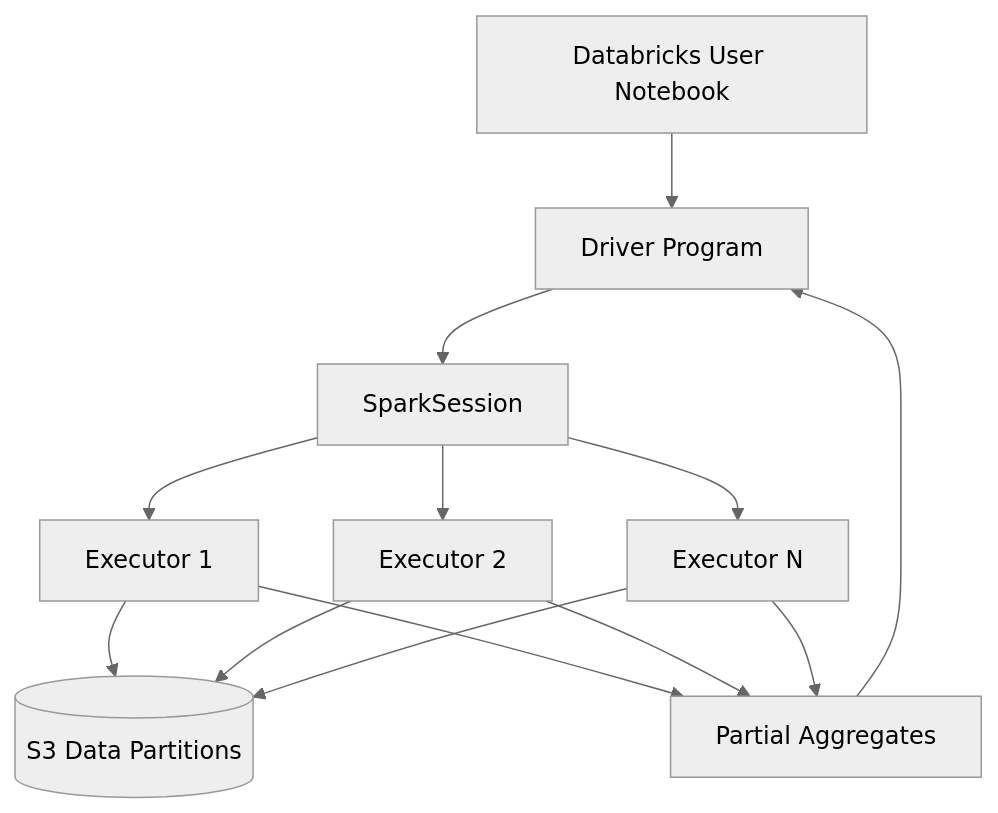
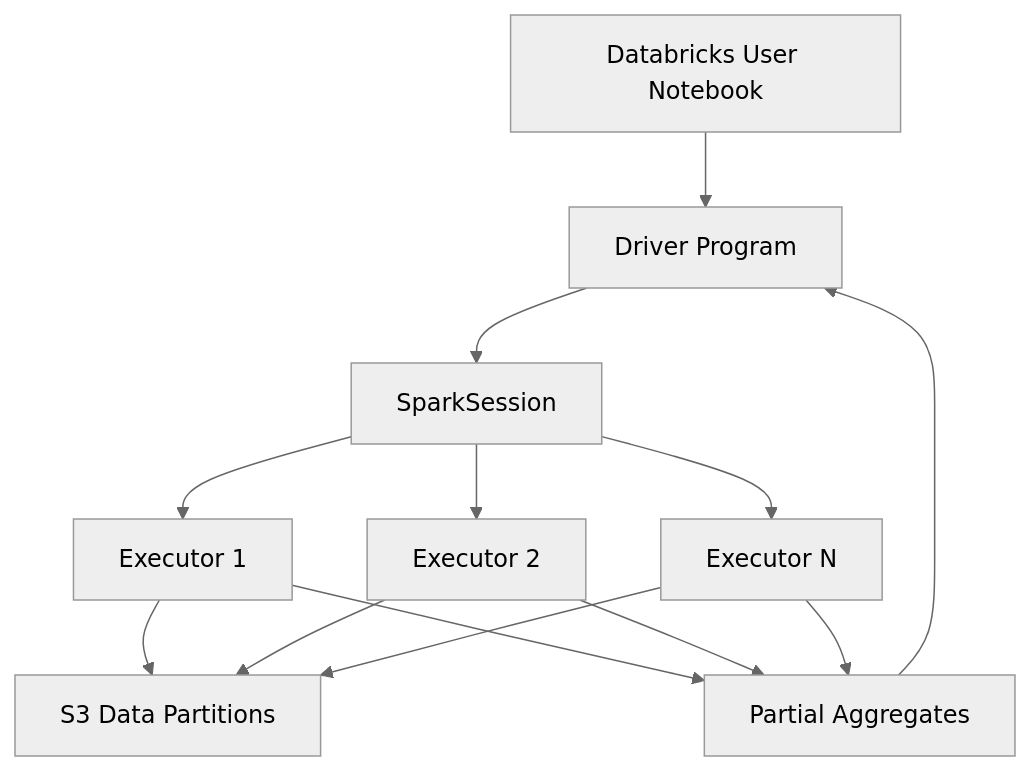
Before and after one commit to ok-sarthak/IPL-Data-Analysis-using-Apache-Spark: the second of 3 diagrams in README.md, drawn with Mermaid (neutral theme). The commit also changed other lines of this file, not shown here.

Commit message:
Refine flowchart labels and formatting in README for clarity and consistency

````diff
--- a/README.md
+++ b/README.md
@@ -88,15 +88,15 @@
 ```mermaid
 flowchart TB
-		U[Databricks User Notebook] --> D[Driver Program]
-		D --> S[SparkSession]
-		S --> C1[Executor 1]
-		S --> C2[Executor 2]
-		S --> C3[Executor N]
-		C1 --> R[(S3 Data Partitions)]
-		C2 --> R
-		C3 --> R
-		C1 --> O[Partial Aggregates]
-		C2 --> O
-		C3 --> O
-		O --> D
+    U[Databricks User Notebook] --> D[Driver Program]
+    D --> S[SparkSession]
+    S --> C1[Executor 1]
+    S --> C2[Executor 2]
+    S --> C3[Executor N]
+    C1 --> R[S3 Data Partitions]
+    C2 --> R
+    C3 --> R
+    C1 --> O[Partial Aggregates]
+    C2 --> O
+    C3 --> O
+    O --> D
 ```
````
